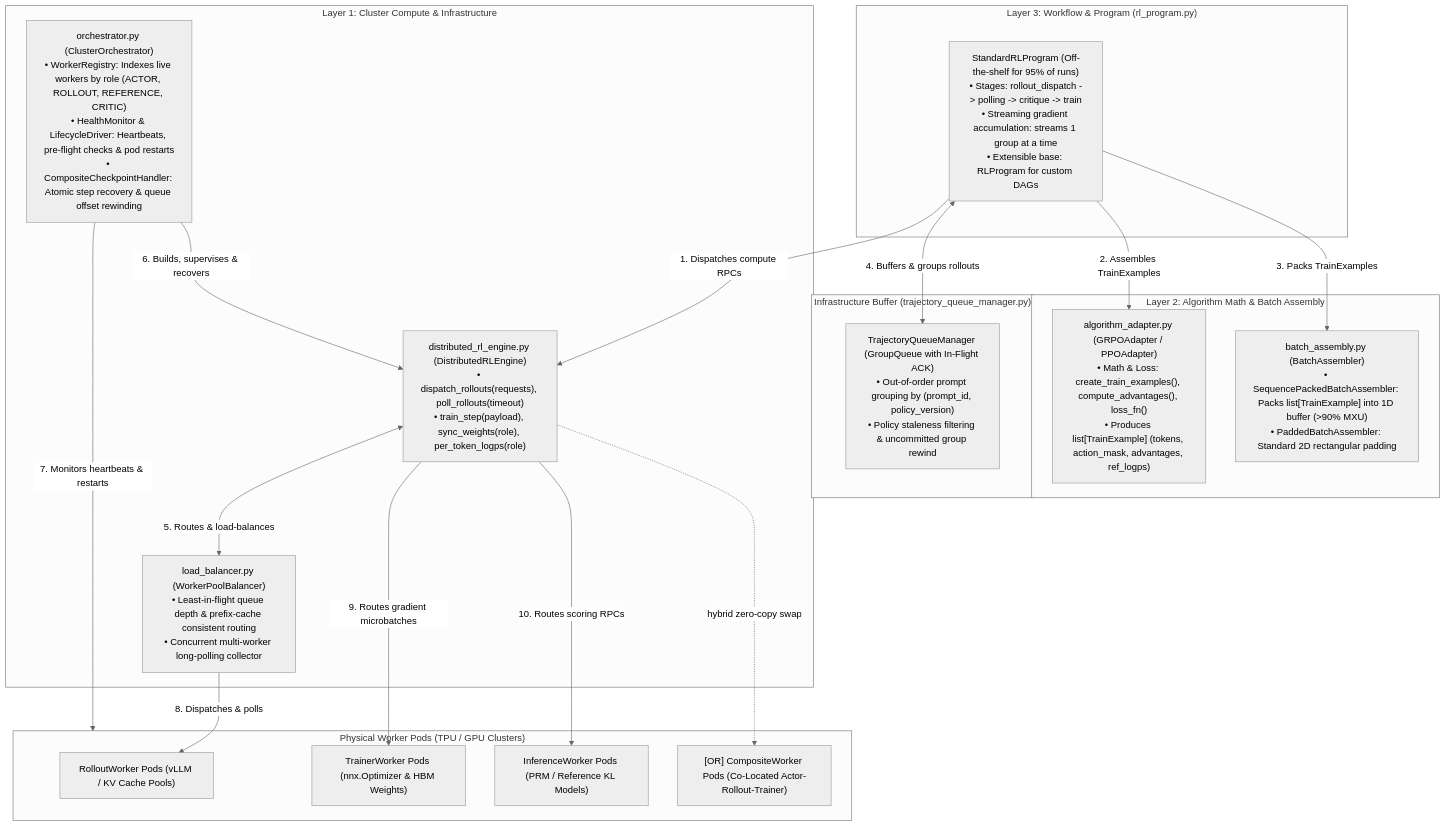
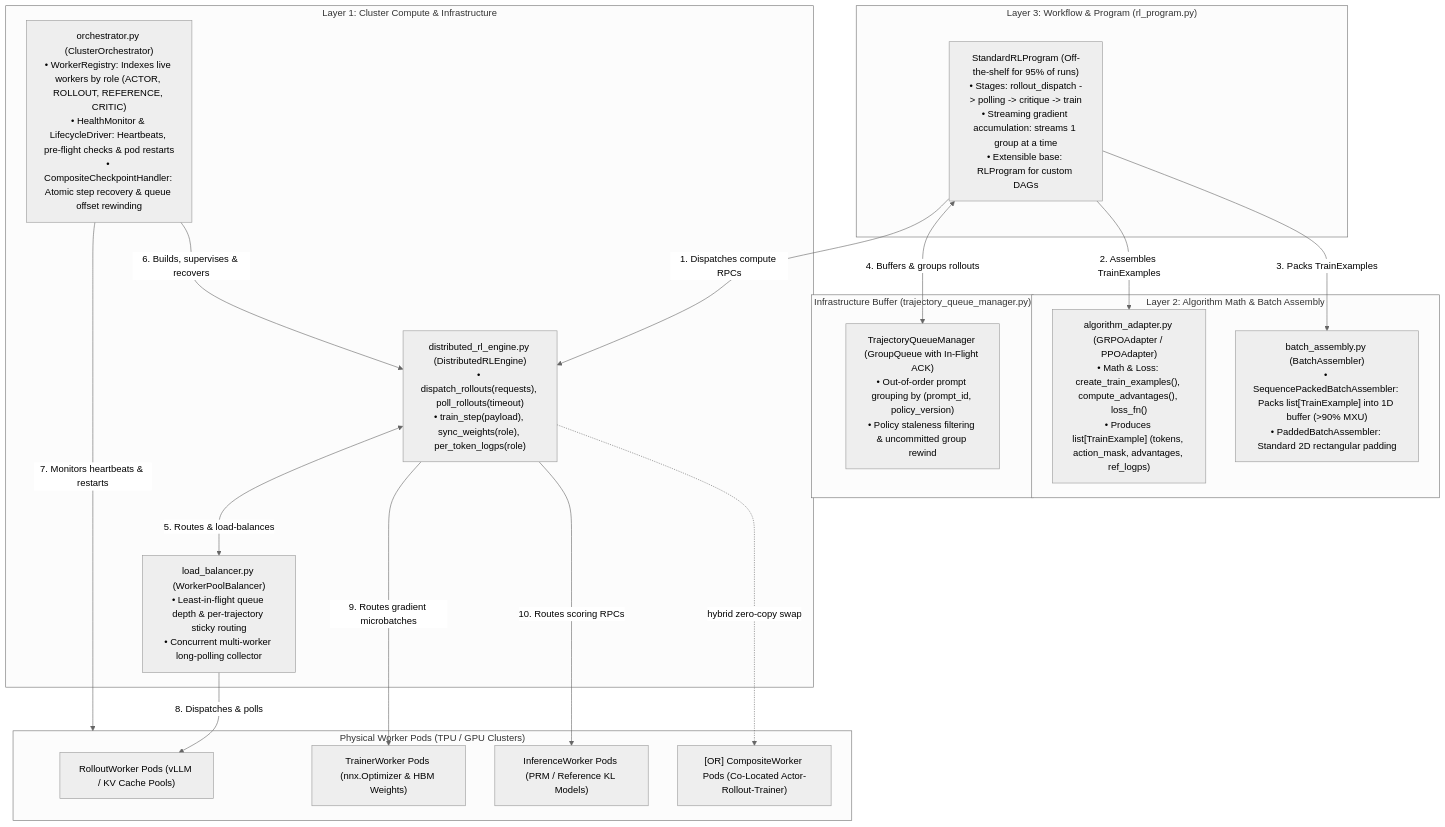
One commit to google/tunix changed the second of 6 diagrams in tunix/experimental/docs/orchestrator_plan_v2.md. Above: the diagram before and after it, drawn with Mermaid (neutral theme). The commit also changed other lines of this file and 8 other files, not shown here.

````diff
--- a/tunix/experimental/docs/orchestrator_plan_v2.md
+++ b/tunix/experimental/docs/orchestrator_plan_v2.md
@@ -63,40 +63,40 @@
 ```mermaid
 graph TD
     subgraph L3 ["Layer 3: Workflow & Program (rl_program.py)"]
         PROG["StandardRLProgram (Off-the-shelf for 95% of runs)<br/>• Stages: rollout_dispatch -> polling -> critique -> train<br/>• Streaming gradient accumulation: streams 1 group at a time<br/>• Extensible base: RLProgram for custom DAGs"]
     end
 
     subgraph L2 ["Layer 2: Algorithm Math & Batch Assembly"]
         ALGO["algorithm_adapter.py (GRPOAdapter / PPOAdapter)<br/>• Math & Loss: create_train_examples(), compute_advantages(), loss_fn()<br/>• Produces list[TrainExample] (tokens, action_mask, advantages, ref_logps)"]
         ASM["batch_assembly.py (BatchAssembler)<br/>• SequencePackedBatchAssembler: Packs list[TrainExample] into 1D buffer (>90% MXU)<br/>• PaddedBatchAssembler: Standard 2D rectangular padding"]
     end
 
     subgraph QUEUES ["Infrastructure Buffer (trajectory_queue_manager.py)"]
         Q["TrajectoryQueueManager (GroupQueue with In-Flight ACK)<br/>• Out-of-order prompt grouping by (prompt_id, policy_version)<br/>• Policy staleness filtering & uncommitted group rewind"]
     end
 
     subgraph L1_INFRA ["Layer 1: Cluster Compute & Infrastructure"]
         ENG["distributed_rl_engine.py (DistributedRLEngine)<br/>• dispatch_rollouts(requests), poll_rollouts(timeout)<br/>• train_step(payload), sync_weights(role), per_token_logps(role)"]
-        LB["load_balancer.py (WorkerPoolBalancer)<br/>• Least-in-flight queue depth & prefix-cache consistent routing<br/>• Concurrent multi-worker long-polling collector"]
+        LB["load_balancer.py (WorkerPoolBalancer)<br/>• Least-in-flight queue depth & per-trajectory sticky routing<br/>• Concurrent multi-worker long-polling collector"]
         ORCH["orchestrator.py (ClusterOrchestrator)<br/>• WorkerRegistry: Indexes live workers by role (ACTOR, ROLLOUT, REFERENCE, CRITIC)<br/>• HealthMonitor & LifecycleDriver: Heartbeats, pre-flight checks & pod restarts<br/>• CompositeCheckpointHandler: Atomic step recovery & queue offset rewinding"]
     end
 
     subgraph WORKERS ["Physical Worker Pods (TPU / GPU Clusters)"]
         W_ROLL["RolloutWorker Pods (vLLM / KV Cache Pools)"]
         W_TRAIN["TrainerWorker Pods (nnx.Optimizer & HBM Weights)"]
         W_INF["InferenceWorker Pods (PRM / Reference KL Models)"]
         W_HYBRID["[OR] CompositeWorker Pods (Co-Located Actor-Rollout-Trainer)"]
     end
 
     PROG -->|1. Dispatches compute RPCs| ENG
     PROG -->|2. Assembles TrainExamples| ALGO
     PROG -->|3. Packs TrainExamples| ASM
     PROG <-->|4. Buffers & groups rollouts| Q
     ENG <-->|5. Routes & load-balances| LB
     ORCH -->|6. Builds, supervises & recovers| ENG
     ORCH -->|7. Monitors heartbeats & restarts| WORKERS
     LB -->|8. Dispatches & polls| W_ROLL
     ENG -->|9. Routes gradient microbatches| W_TRAIN
     ENG -->|10. Routes scoring RPCs| W_INF
     ENG -.->|hybrid zero-copy swap| W_HYBRID
 ```
````
